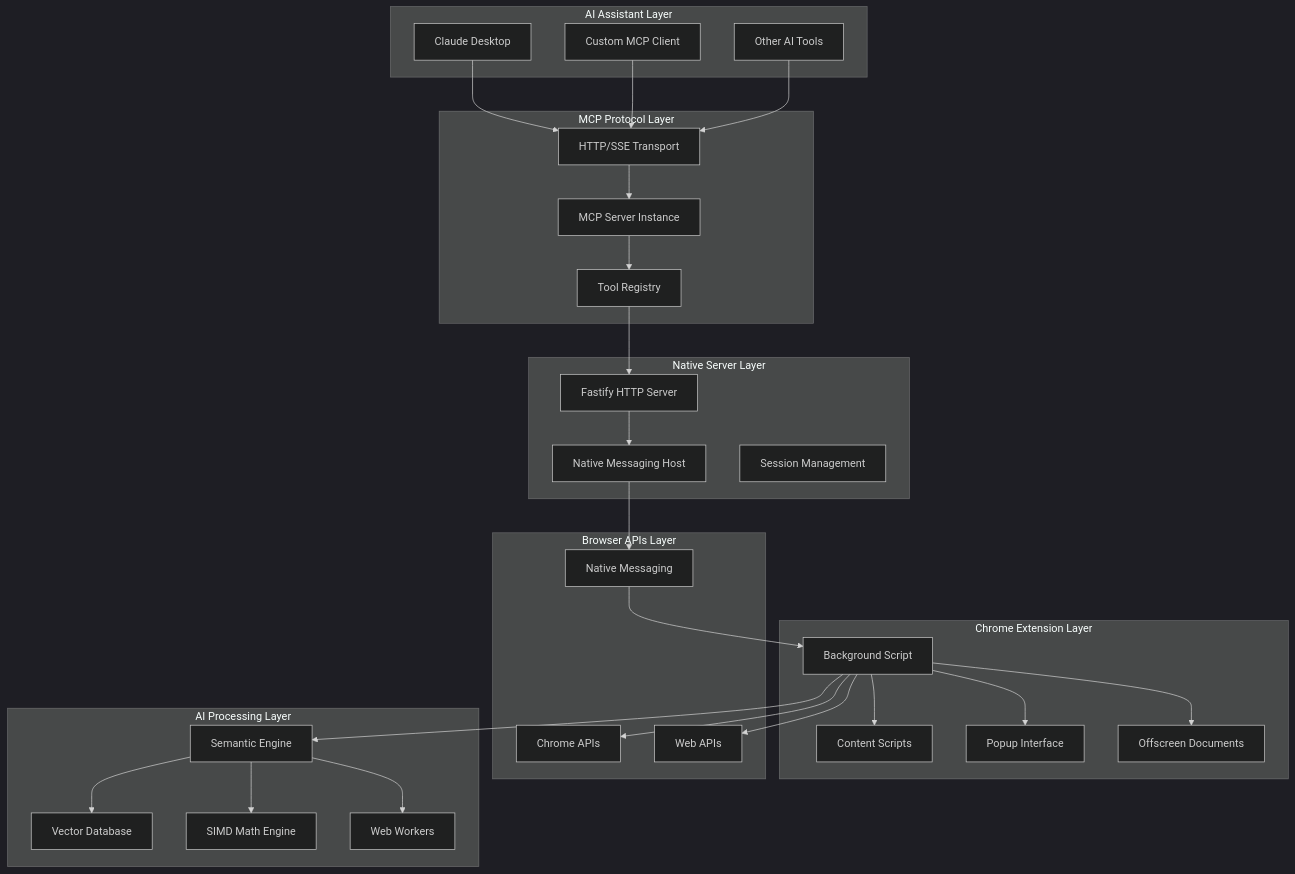
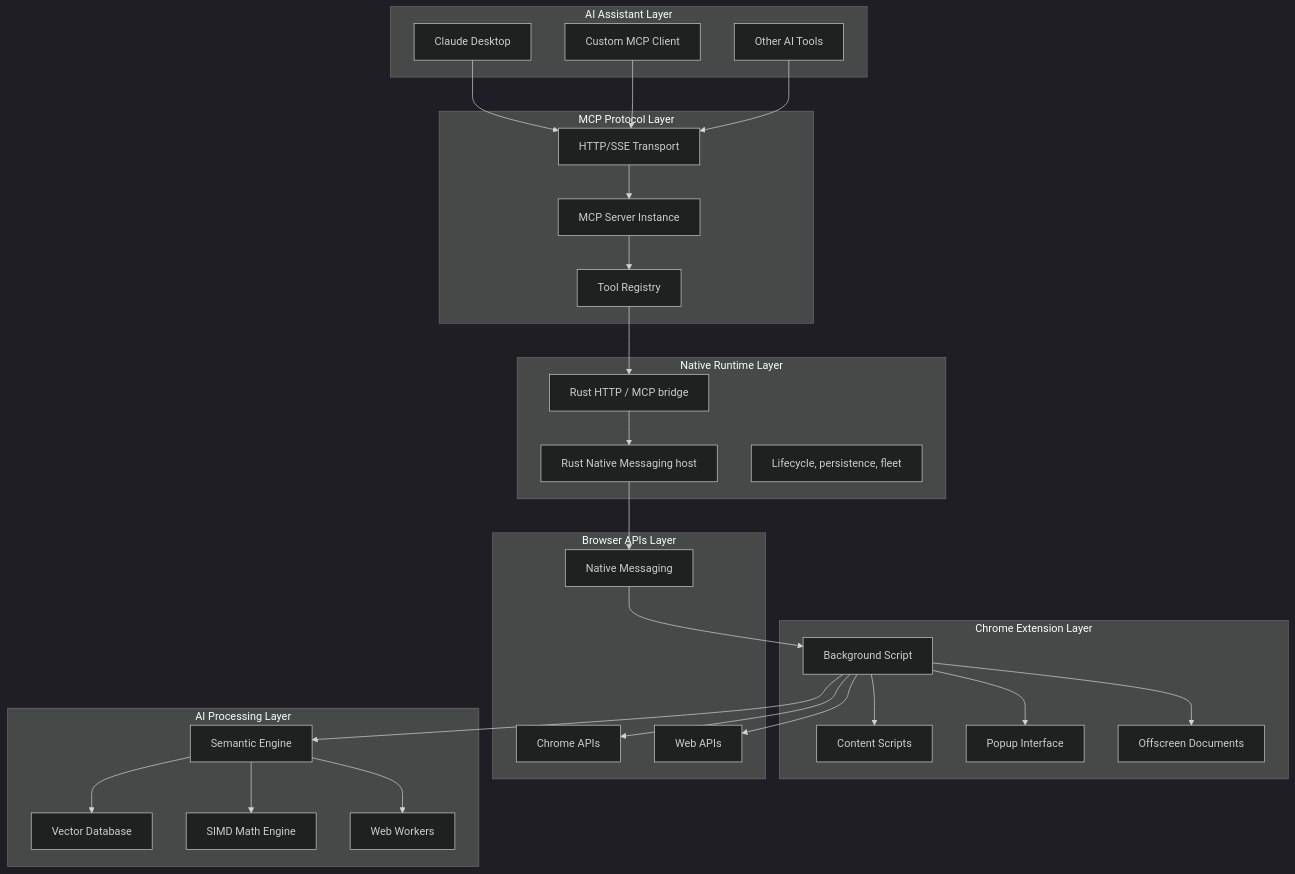
Before and after one commit to cefege/humanchrome: the diagram in docs/ARCHITECTURE.md, drawn with Mermaid (dark theme). The commit also changed other lines of this file and 602 other files, not shown here.

````diff
--- a/docs/ARCHITECTURE.md
+++ b/docs/ARCHITECTURE.md
@@ -26,59 +26,59 @@
 ```mermaid
 graph TB
     subgraph "AI Assistant Layer"
         A[Claude Desktop]
         B[Custom MCP Client]
         C[Other AI Tools]
     end
 
     subgraph "MCP Protocol Layer"
         D[HTTP/SSE Transport]
         E[MCP Server Instance]
         F[Tool Registry]
     end
 
-    subgraph "Native Server Layer"
-        G[Fastify HTTP Server]
-        H[Native Messaging Host]
-        I[Session Management]
+    subgraph "Native Runtime Layer"
+        G[Rust HTTP / MCP bridge]
+        H[Rust Native Messaging host]
+        I[Lifecycle, persistence, fleet]
     end
 
     subgraph "Chrome Extension Layer"
         J[Background Script]
         K[Content Scripts]
         L[Popup Interface]
         M[Offscreen Documents]
     end
 
     subgraph "Browser APIs Layer"
         N[Chrome APIs]
         O[Web APIs]
         P[Native Messaging]
     end
 
     subgraph "AI Processing Layer"
         Q[Semantic Engine]
         R[Vector Database]
         S[SIMD Math Engine]
         T[Web Workers]
     end
 
     A --> D
     B --> D
     C --> D
     D --> E
     E --> F
     F --> G
     G --> H
     H --> P
     P --> J
     J --> K
     J --> L
     J --> M
     J --> N
     J --> O
     J --> Q
     Q --> R
     Q --> S
     Q --> T
 ```
````
